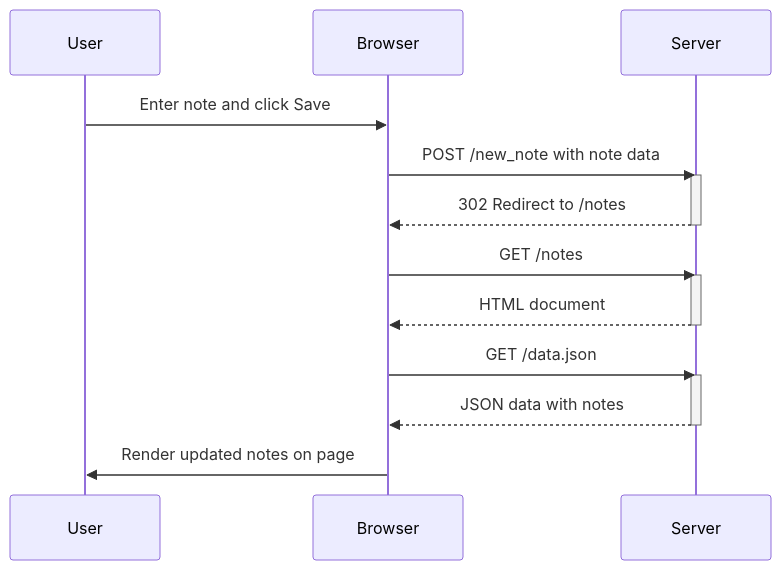
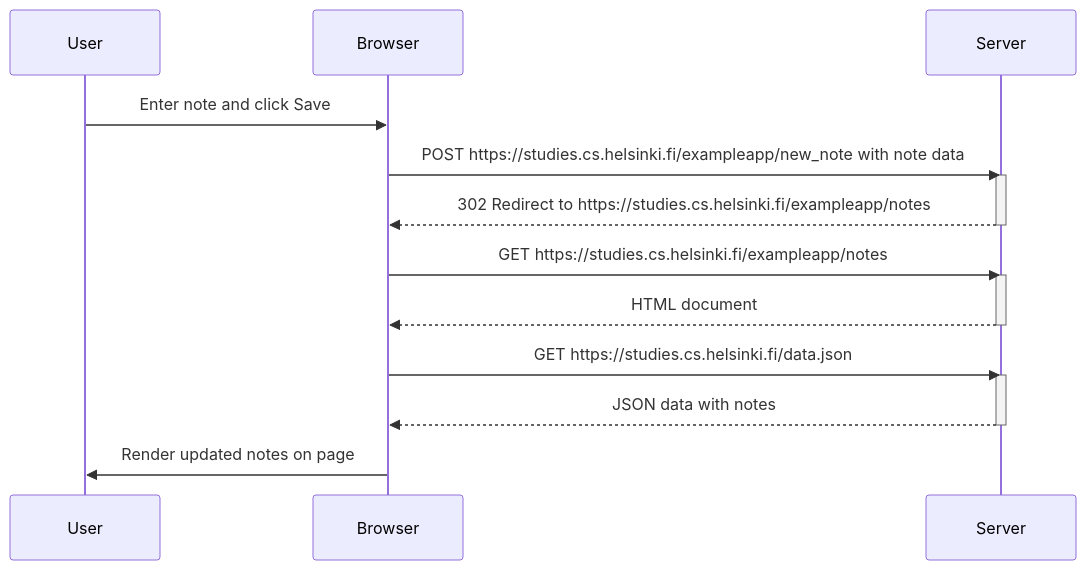
The diagram in part0/newNoteDiagram.md (ashleyfletcher76/fullStackOpen), drawn with Mermaid before and after one commit. The commit also changed 1 other file, not shown here.

Commit message:
singlePageApp should be correct

````diff
--- a/part0/newNoteDiagram.md
+++ b/part0/newNoteDiagram.md
@@ -1,21 +1,21 @@
 ```mermaid
 sequenceDiagram
     participant User
     participant Browser
     participant Server
 
     User->>Browser: Enter note and click Save
-    Browser->>Server: POST /new_note with note data
+    Browser->>Server: POST https://studies.cs.helsinki.fi/exampleapp/new_note with note data
     activate Server
-    Server-->>Browser: 302 Redirect to /notes
+    Server-->>Browser: 302 Redirect to https://studies.cs.helsinki.fi/exampleapp/notes
     deactivate Server
-    Browser->>Server: GET /notes
+    Browser->>Server: GET https://studies.cs.helsinki.fi/exampleapp/notes
     activate Server
     Server-->>Browser: HTML document
     deactivate Server
-    Browser->>Server: GET /data.json
+    Browser->>Server: GET https://studies.cs.helsinki.fi/data.json
     activate Server
     Server-->>Browser: JSON data with notes
     deactivate Server
     Browser->>User: Render updated notes on page
 ```
````
